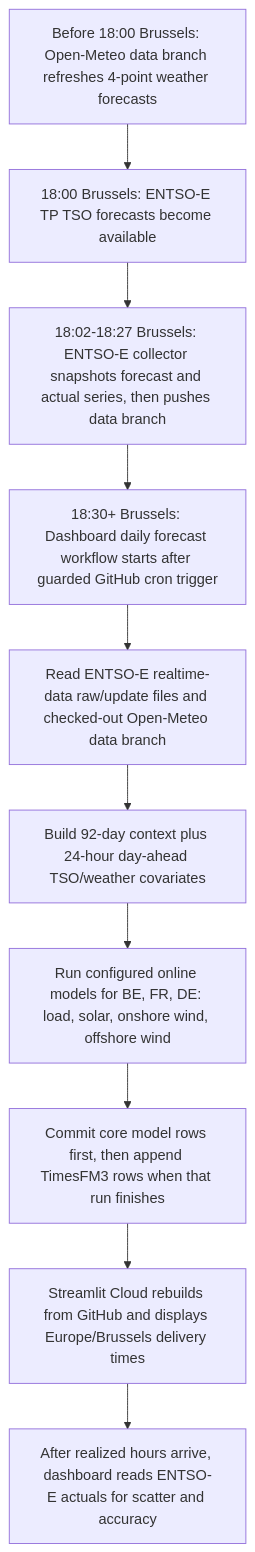
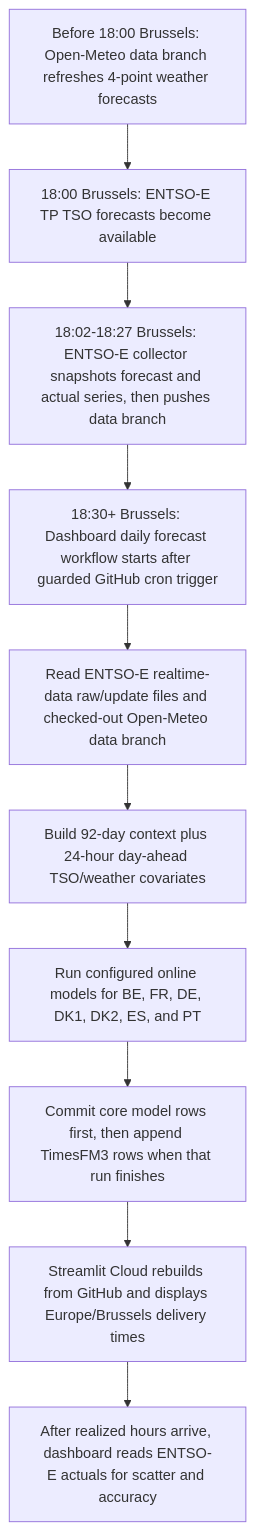
Before and after one commit to XiaoyuJIN97/tp-plus-plus-real-time-forecasting-dashboard: the diagram in README.md, drawn with Mermaid. The commit also changed other lines of this file and 5 other files, not shown here.

````diff
--- a/README.md
+++ b/README.md
@@ -104,12 +104,12 @@
 ```mermaid
 flowchart TD
   A["Before 18:00 Brussels: Open-Meteo data branch refreshes 4-point weather forecasts"] --> B["18:00 Brussels: ENTSO-E TP TSO forecasts become available"]
   B --> C["18:02-18:27 Brussels: ENTSO-E collector snapshots forecast and actual series, then pushes data branch"]
   C --> D["18:30+ Brussels: Dashboard daily forecast workflow starts after guarded GitHub cron trigger"]
   D --> E["Read ENTSO-E realtime-data raw/update files and checked-out Open-Meteo data branch"]
   E --> G["Build 92-day context plus 24-hour day-ahead TSO/weather covariates"]
-  G --> H["Run configured online models for BE, FR, DE: load, solar, onshore wind, offshore wind"]
+  G --> H["Run configured online models for BE, FR, DE, DK1, DK2, ES, and PT"]
   H --> I["Commit core model rows first, then append TimesFM3 rows when that run finishes"]
   I --> J["Streamlit Cloud rebuilds from GitHub and displays Europe/Brussels delivery times"]
   J --> K["After realized hours arrive, dashboard reads ENTSO-E actuals for scatter and accuracy"]
 ```
````
